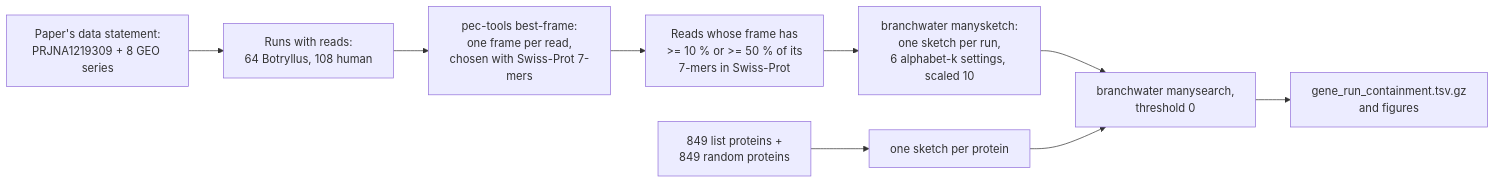
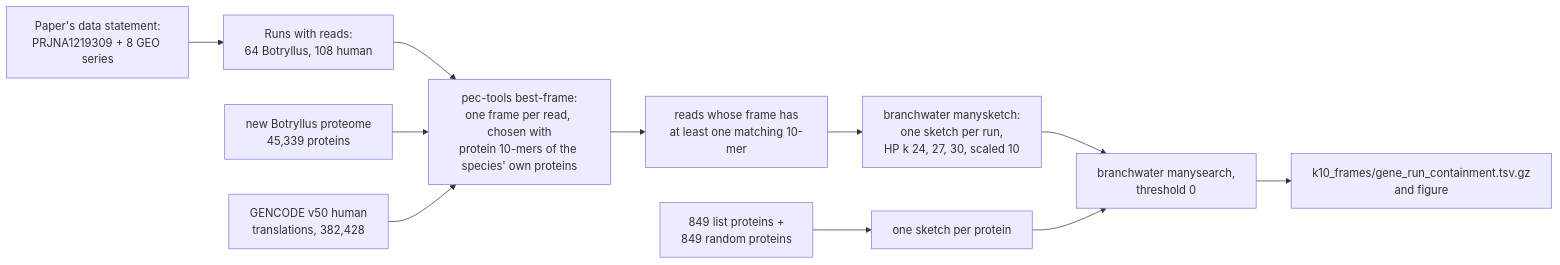
Before and after one commit to seanome/2024-kmerseek-analysis: the diagram in analysis/pec-domen2026-splash/exports/sra_search/README.md, drawn with Mermaid. The commit also changed other lines of this file and 13 other files, not shown here.

First line of the commit message:
nb361: read search with frames from protein 10-mers, HP k 24/27/30; list proteins twice random at HP k27/k30 in Botryllus runs

````diff
--- a/analysis/pec-domen2026-splash/exports/sra_search/README.md
+++ b/analysis/pec-domen2026-splash/exports/sra_search/README.md
@@ -8,11 +8,13 @@
 ```mermaid
 flowchart LR
   A[Paper's data statement:<br/>PRJNA1219309 + 8 GEO series] --> B[Runs with reads:<br/>64 Botryllus, 108 human]
-  B --> C[pec-tools best-frame:<br/>one frame per read,<br/>chosen with Swiss-Prot 7-mers]
-  C --> D[Reads whose frame has<br/>>= 10 % or >= 50 % of its<br/>7-mers in Swiss-Prot]
-  D --> E[branchwater manysketch:<br/>one sketch per run,<br/>6 alphabet-k settings, scaled 10]
+  B --> C[pec-tools best-frame:<br/>one frame per read, chosen with<br/>protein 10-mers of the species' own proteins]
+  R1[new Botryllus proteome<br/>45,339 proteins] --> C
+  R2[GENCODE v50 human<br/>translations, 382,428] --> C
+  C --> D[reads whose frame has<br/>at least one matching 10-mer]
+  D --> E[branchwater manysketch:<br/>one sketch per run,<br/>HP k 24, 27, 30, scaled 10]
   F[849 list proteins +<br/>849 random proteins] --> G[one sketch per protein]
   E --> H[branchwater manysearch,<br/>threshold 0]
   G --> H
-  H --> I[gene_run_containment.tsv.gz<br/>and figures]
+  H --> I[k10_frames/gene_run_containment.tsv.gz<br/>and figure]
 ```
````
